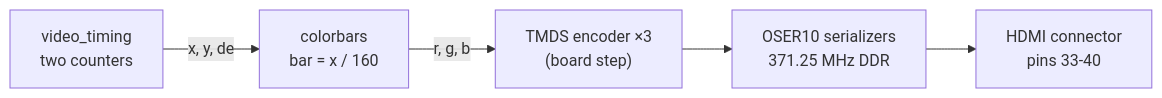
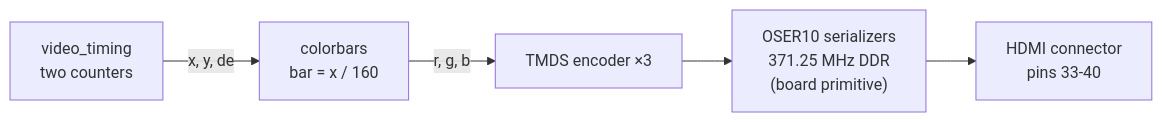
Before and after one commit to eoinjordan/fpga: the diagram in 03-hdmi/README.md, drawn with Mermaid. The commit also changed other lines of this file and 30 other files, not shown here.

````diff
--- a/03-hdmi/README.md
+++ b/03-hdmi/README.md
@@ -65,7 +65,7 @@
 ```mermaid
 flowchart LR
     VT["video_timing<br/>two counters"] -->|"x, y, de"| CB["colorbars<br/>bar = x / 160"]
-    CB -->|"r, g, b"| ENC["TMDS encoder ×3<br/>(board step)"]
-    ENC --> SER["OSER10 serializers<br/>371.25 MHz DDR"]
+    CB -->|"r, g, b"| ENC["TMDS encoder ×3"]
+    ENC --> SER["OSER10 serializers<br/>371.25 MHz DDR<br/>(board primitive)"]
     SER --> CONN["HDMI connector<br/>pins 33-40"]
 ```
````
